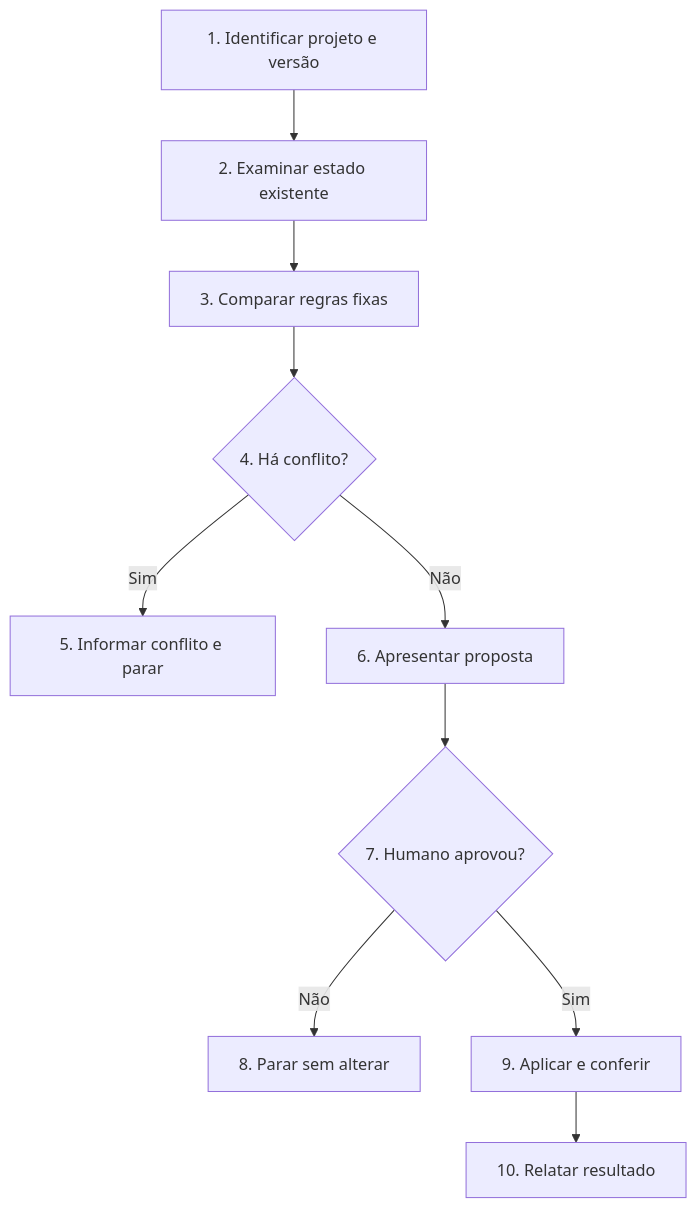
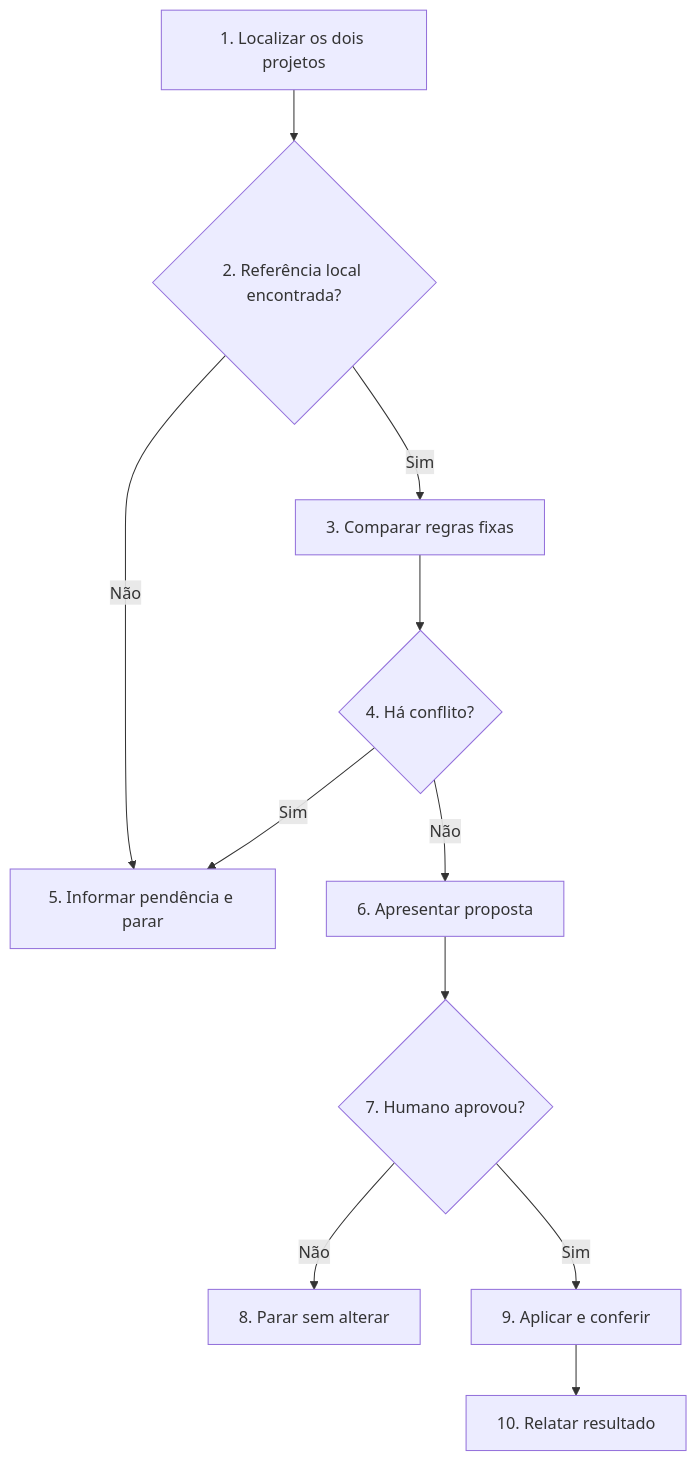
The diagram in .agents/skills/sddupdate/SKILL.md (wjohnnyhonorato/sdd-fast), drawn with Mermaid before and after one commit. The commit also changed other lines of this file, not shown here.

Commit message:
fix: use local SDD-Fast clone for updates

````diff
--- a/.agents/skills/sddupdate/SKILL.md
+++ b/.agents/skills/sddupdate/SKILL.md
@@ -22,12 +23,13 @@
 ```mermaid
 flowchart TD
-    A["1. Identificar projeto e versão"] --> B["2. Examinar estado existente"]
-    B --> C["3. Comparar regras fixas"]
+    A["1. Localizar os dois projetos"] --> B{"2. Referência local encontrada?"}
+    B -- "Não" --> E["5. Informar pendência e parar"]
+    B -- "Sim" --> C["3. Comparar regras fixas"]
     C --> D{"4. Há conflito?"}
-    D -- "Sim" --> E["5. Informar conflito e parar"]
+    D -- "Sim" --> E
     D -- "Não" --> F["6. Apresentar proposta"]
     F --> G{"7. Humano aprovou?"}
     G -- "Não" --> H["8. Parar sem alterar"]
     G -- "Sim" --> I["9. Aplicar e conferir"]
     I --> J["10. Relatar resultado"]
 ```
````
